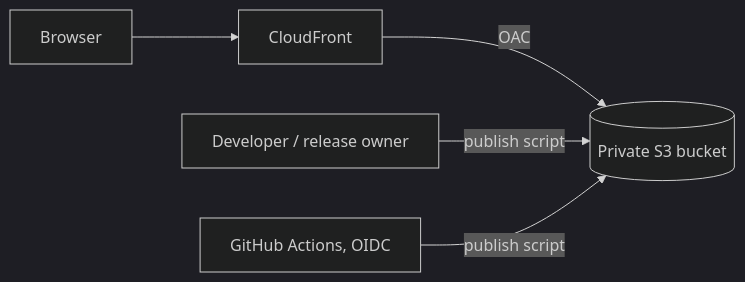
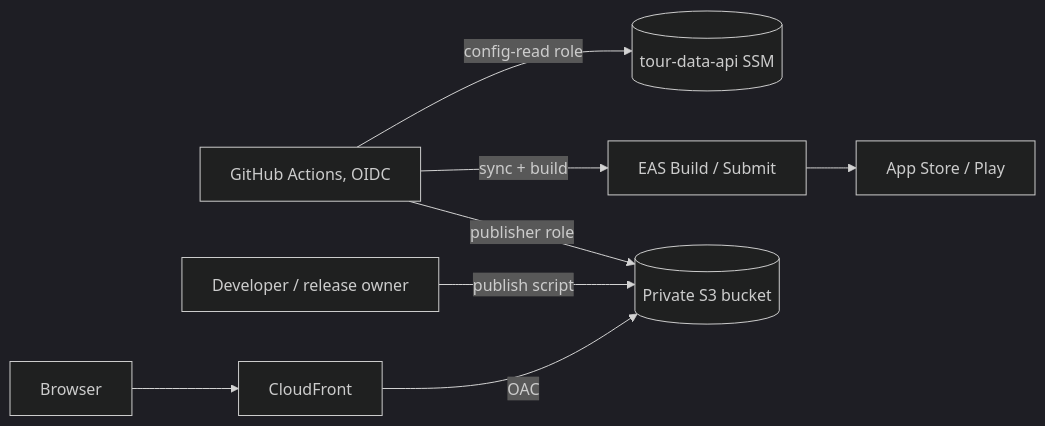
The diagram in docs/design/deployment.md (kvijay77-in/tour-mgmt-app), drawn with Mermaid (dark theme) before and after one commit. The commit also changed other lines of this file and 15 other files, not shown here.

````diff
--- a/docs/design/deployment.md
+++ b/docs/design/deployment.md
@@ -7,7 +7,8 @@
 ```mermaid
 flowchart LR
-  B[Browser] --> CF[CloudFront]
-  CF -- OAC --> S3[(Private S3 bucket)]
+  GH[GitHub Actions, OIDC] -- config-read role --> SSM[(tour-data-api SSM)]
+  GH -- sync + build --> EAS[EAS Build / Submit] --> Stores[App Store / Play]
+  GH -- publisher role --> S3[(Private S3 bucket)]
   Dev[Developer / release owner] -- publish script --> S3
-  CI[GitHub Actions, OIDC] -- publish script --> S3
+  B[Browser] --> CF[CloudFront] -- OAC --> S3
 ```
````
